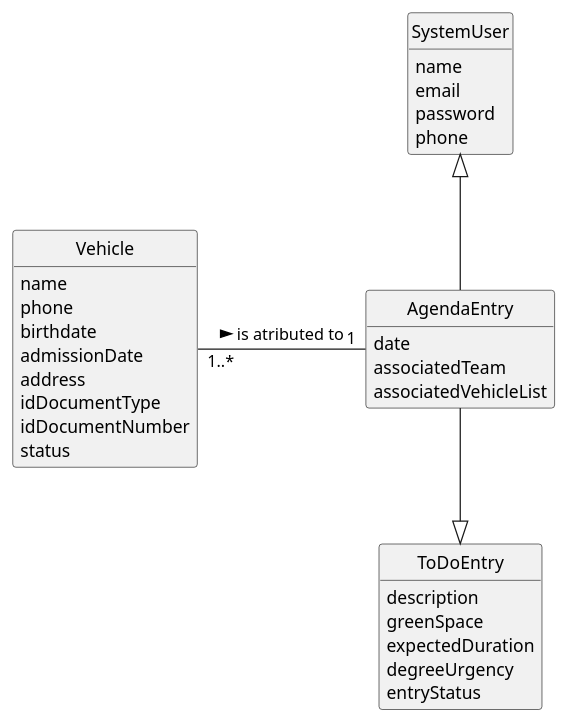
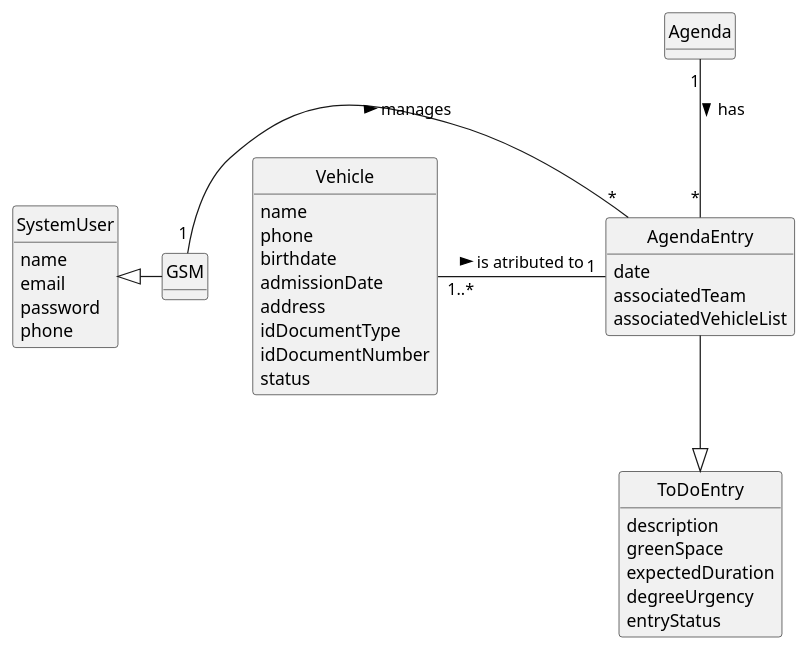
The diagram in docs/sprintC/us026/02.analysis/puml/us026-domain-model.puml (Departamento-de-Engenharia-Informatica/lei-24-s2-1do-g164), drawn with PlantUML before and after one commit. The commit also changed 6 other files, not shown here.

```diff
--- a/docs/sprintC/us026/02.analysis/puml/us026-domain-model.puml
+++ b/docs/sprintC/us026/02.analysis/puml/us026-domain-model.puml
@@ -1,54 +1,59 @@
 @startuml
 skinparam monochrome true
 skinparam packageStyle rectangle
 skinparam shadowing false
 
 'left to right direction
 
 skinparam classAttributeIconSize 0
 
 hide circle
 hide methods
 
 class SystemUser {
     name
     email
     password
     phone
 
+}
+class Agenda {
 }
 
 
 class AgendaEntry {
     date
     associatedTeam
     associatedVehicleList
 }
 class Vehicle{
       name
       phone
       birthdate
       admissionDate
       address
       idDocumentType
       idDocumentNumber
       status
 }
 
 
 
 
 class ToDoEntry{
     description
          greenSpace
          expectedDuration
          degreeUrgency
          entryStatus
 }
+class GSM {
+}
 
 
-
+SystemUser <|- GSM
 Vehicle "1..*" - "1" AgendaEntry: is atributed to >
-SystemUser <|-- AgendaEntry
 AgendaEntry --|> ToDoEntry
+Agenda "1" -- "*" AgendaEntry : has >
+GSM"1" - "*" AgendaEntry: manages >
 @enduml
```
